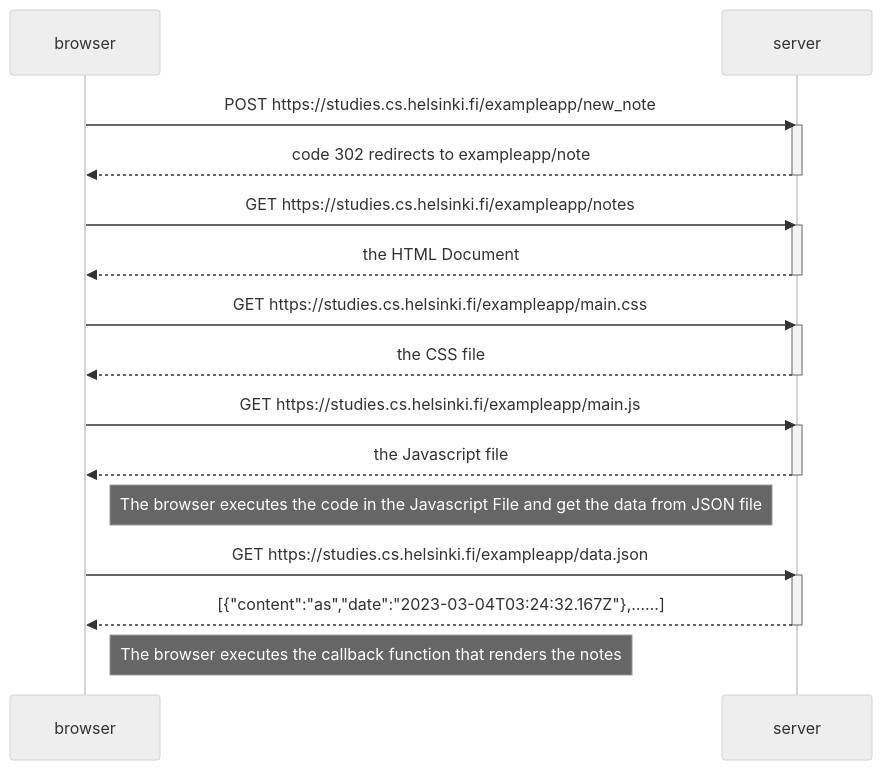
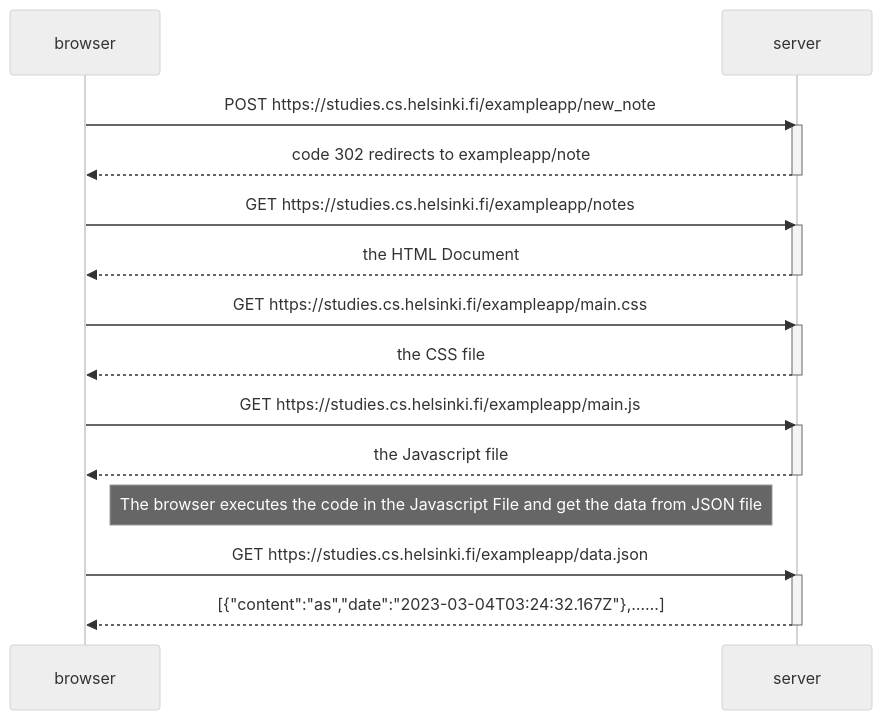
The diagram in part0/0.4/sequence.mmd (RubenKingCP/fullstackopen), drawn with Mermaid (neutral theme) before and after one commit. The commit also changed 1 other file, not shown here.

```diff
--- a/part0/0.4/sequence.mmd
+++ b/part0/0.4/sequence.mmd
@@ -1,32 +1,30 @@
 sequenceDiagram
     participant browser
     participant server
 
     browser->>server : POST https://studies.cs.helsinki.fi/exampleapp/new_note
     activate server
     server-->>browser : code 302 redirects to exampleapp/note
     deactivate server
 
     browser->>server: GET https://studies.cs.helsinki.fi/exampleapp/notes
     activate server
     server-->>browser:the HTML Document
     deactivate server
 
     browser->>server: GET https://studies.cs.helsinki.fi/exampleapp/main.css
     activate server
     server-->>browser: the CSS file
     deactivate server
 
     browser->>server: GET https://studies.cs.helsinki.fi/exampleapp/main.js
     activate server
     server-->>browser: the Javascript file
     deactivate server
 
     Note right of browser: The browser executes the code in the Javascript File and get the data from JSON file
     
     browser->>server: GET https://studies.cs.helsinki.fi/exampleapp/data.json
     activate server
     server-->>browser:  [{"content":"as","date":"2023-03-04T03:24:32.167Z"},……]
     deactivate server
-
-    Note right of browser: The browser executes the callback function that renders the notes
```
